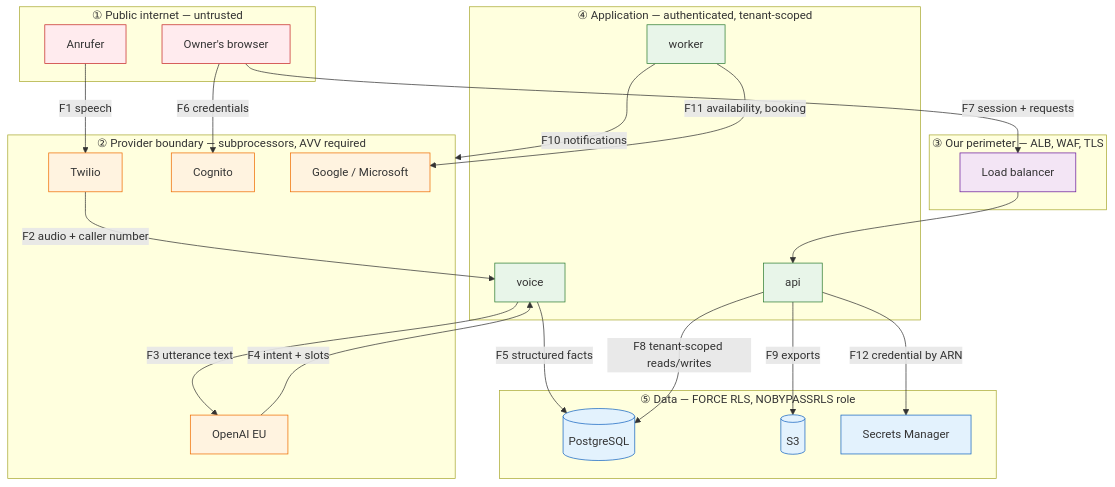
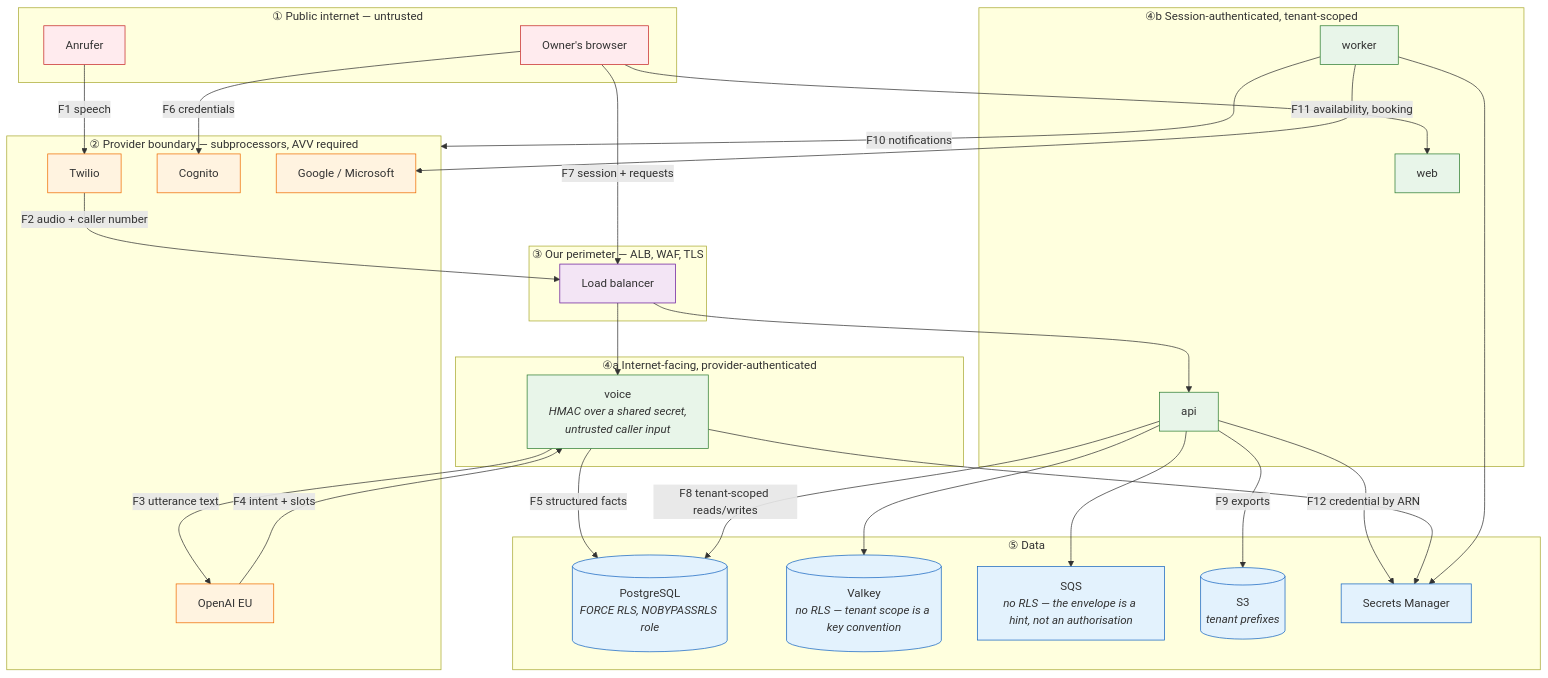
The diagram in docs/architecture/data-flow.md (AyhamJo7/moin), drawn with Mermaid before and after one commit. The commit also changed other lines of this file and 8 other files, not shown here.

````diff
--- a/docs/architecture/data-flow.md
+++ b/docs/architecture/data-flow.md
@@ -9,57 +9,69 @@
 ```mermaid
 graph TB
     subgraph tb1["① Public internet — untrusted"]
         caller["Anrufer"]
         browser["Owner's browser"]
     end
 
     subgraph tb2["② Provider boundary — subprocessors, AVV required"]
         twilio["Twilio"]
         openai["OpenAI EU"]
         cognito["Cognito"]
         gcal["Google / Microsoft"]
     end
 
     subgraph tb3["③ Our perimeter — ALB, WAF, TLS"]
         alb["Load balancer"]
     end
 
-    subgraph tb4["④ Application — authenticated, tenant-scoped"]
-        voice["voice"]
+    subgraph tb4a["④a Internet-facing, provider-authenticated"]
+        voice["voice<br/><i>HMAC over a shared secret,<br/>untrusted caller input</i>"]
+    end
+
+    subgraph tb4b["④b Session-authenticated, tenant-scoped"]
+        web["web"]
         api["api"]
         worker["worker"]
     end
 
-    subgraph tb5["⑤ Data — FORCE RLS, NOBYPASSRLS role"]
-        pg[("PostgreSQL")]
-        s3[("S3")]
+    subgraph tb5["⑤ Data"]
+        pg[("PostgreSQL<br/><i>FORCE RLS, NOBYPASSRLS role</i>")]
+        valkey[("Valkey<br/><i>no RLS — tenant scope is a key convention</i>")]
+        sqs["SQS<br/><i>no RLS — the envelope is a hint, not an authorisation</i>"]
+        s3[("S3<br/><i>tenant prefixes</i>")]
         sm["Secrets Manager"]
     end
 
     caller -->|"F1 speech"| twilio
-    twilio -->|"F2 audio + caller number"| voice
+    twilio -->|"F2 audio + caller number"| alb
+    alb --> voice
     voice -->|"F3 utterance text"| openai
     openai -->|"F4 intent + slots"| voice
     voice -->|"F5 structured facts"| pg
 
     browser -->|"F6 credentials"| cognito
     browser -->|"F7 session + requests"| alb
     alb --> api
     api -->|"F8 tenant-scoped reads/writes"| pg
     api -->|"F9 exports"| s3
 
     worker -->|"F10 notifications"| tb2
     worker -->|"F11 availability, booking"| gcal
     api -->|"F12 credential by ARN"| sm
+    voice --> sm
+    worker --> sm
+    api --> valkey
+    api --> sqs
+    browser --> web
 
     classDef untrusted fill:#ffebee,stroke:#c62828
     classDef provider fill:#fff3e0,stroke:#ef6c00
     classDef perimeter fill:#f3e5f5,stroke:#6a1b9a
     classDef app fill:#e8f5e9,stroke:#2e7d32
     classDef data fill:#e3f2fd,stroke:#1565c0
     class caller,browser untrusted
     class twilio,openai,cognito,gcal provider
     class alb perimeter
-    class voice,api,worker app
-    class pg,s3,sm data
+    class voice,web,api,worker app
+    class pg,valkey,sqs,s3,sm data
 ```
````
